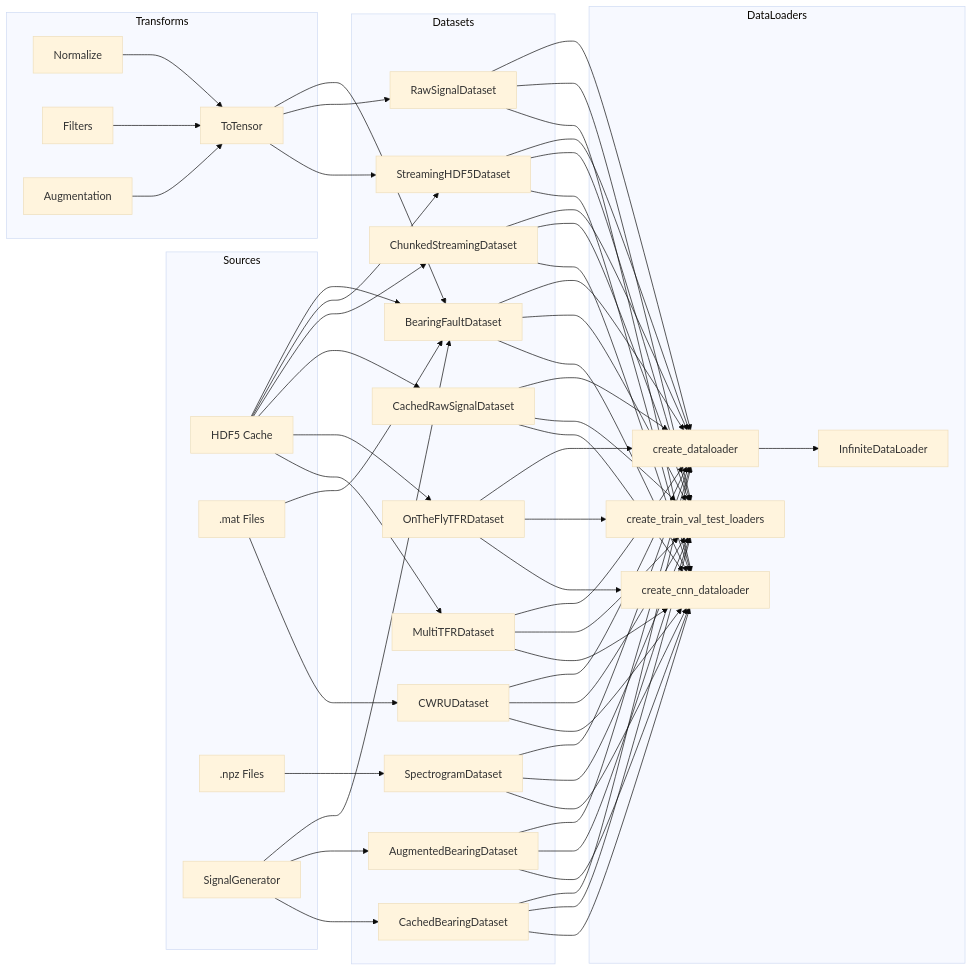
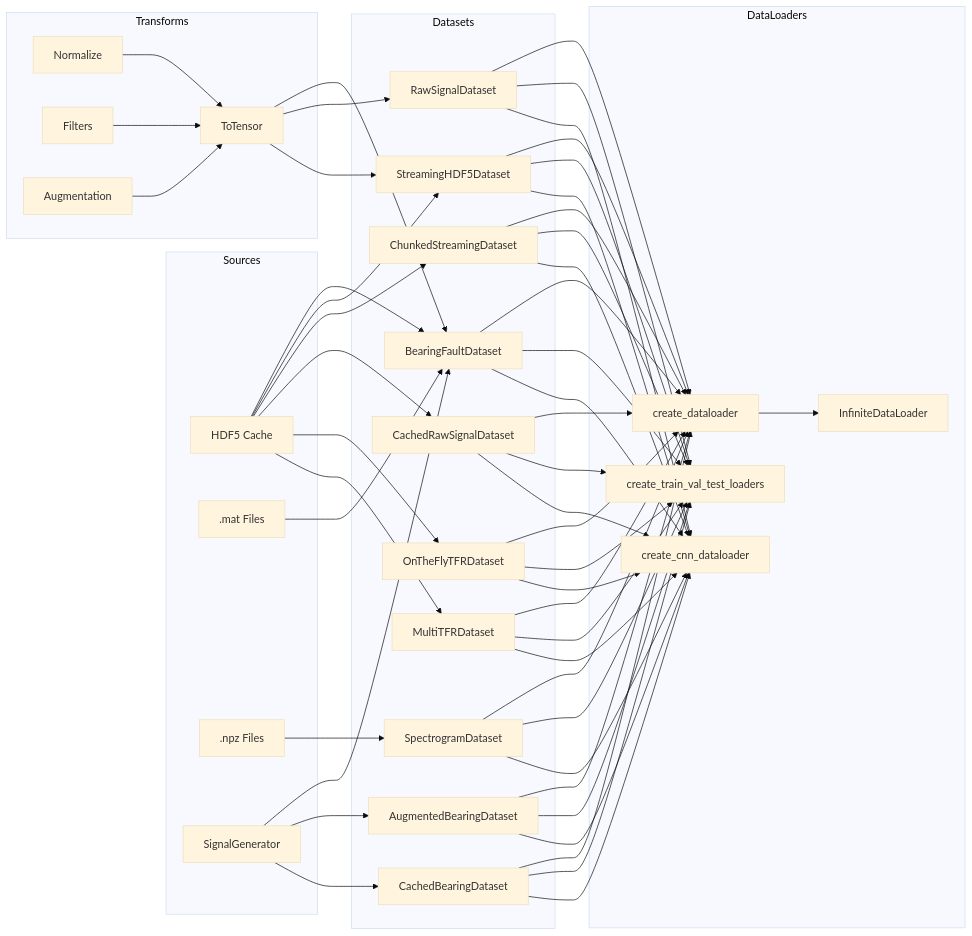
Before and after one commit to abbas-ahmad-cowlar/LSTM_PFD: the first of 2 diagrams in data/DATA_LOADING_README.md, drawn with Mermaid (base theme). The commit also changed other lines of this file and 57 other files, not shown here.

````diff
--- a/data/DATA_LOADING_README.md
+++ b/data/DATA_LOADING_README.md
@@ -17,46 +17,46 @@
 ```mermaid
 graph LR
     subgraph Sources
         HDF5[HDF5 Cache]
         MAT[.mat Files]
         NPZ[.npz Files]
         GEN[SignalGenerator]
     end
 
     subgraph Datasets
         BFD[BearingFaultDataset]
         ABD[AugmentedBearingDataset]
         CBD[CachedBearingDataset]
         RSD[RawSignalDataset]
         CRSD[CachedRawSignalDataset]
         SHD[StreamingHDF5Dataset]
         CSD[ChunkedStreamingDataset]
-        CWRU[CWRUDataset]
+
         SPEC[SpectrogramDataset]
         OTF[OnTheFlyTFRDataset]
         MTFR[MultiTFRDataset]
     end
 
     subgraph Transforms
         NORM[Normalize]
         FILT[Filters]
         AUG[Augmentation]
         TENS[ToTensor]
     end
 
     subgraph DataLoaders
         CDL[create_dataloader]
         CTVTL[create_train_val_test_loaders]
         CCDL[create_cnn_dataloader]
         INF[InfiniteDataLoader]
     end
 
     HDF5 --> BFD & SHD & CSD & CRSD & OTF & MTFR
-    MAT --> BFD & CWRU
+    MAT --> BFD
     GEN --> BFD & ABD & CBD
     NPZ --> SPEC
 
-    BFD & ABD & CBD & RSD & CRSD & SHD & CSD & CWRU & SPEC & OTF & MTFR --> CDL & CTVTL & CCDL
+    BFD & ABD & CBD & RSD & CRSD & SHD & CSD & SPEC & OTF & MTFR --> CDL & CTVTL & CCDL
     CDL --> INF
     NORM & FILT & AUG --> TENS --> BFD & RSD & SHD
 ```
````
